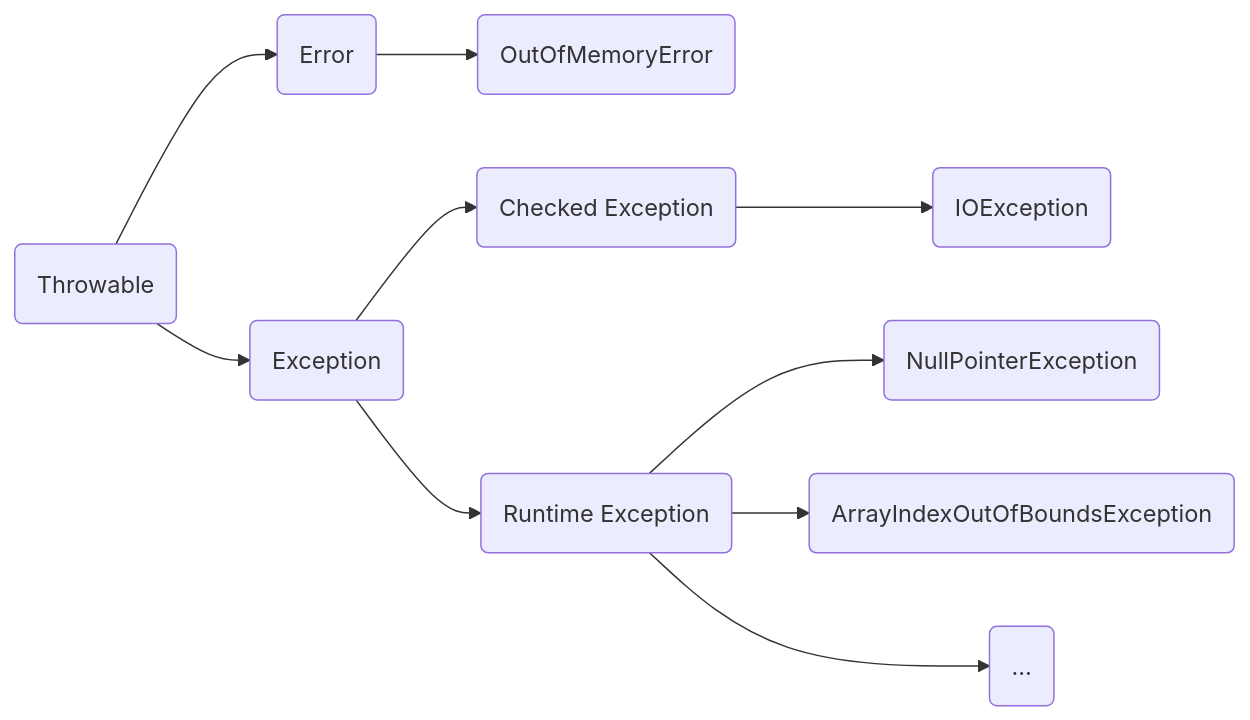
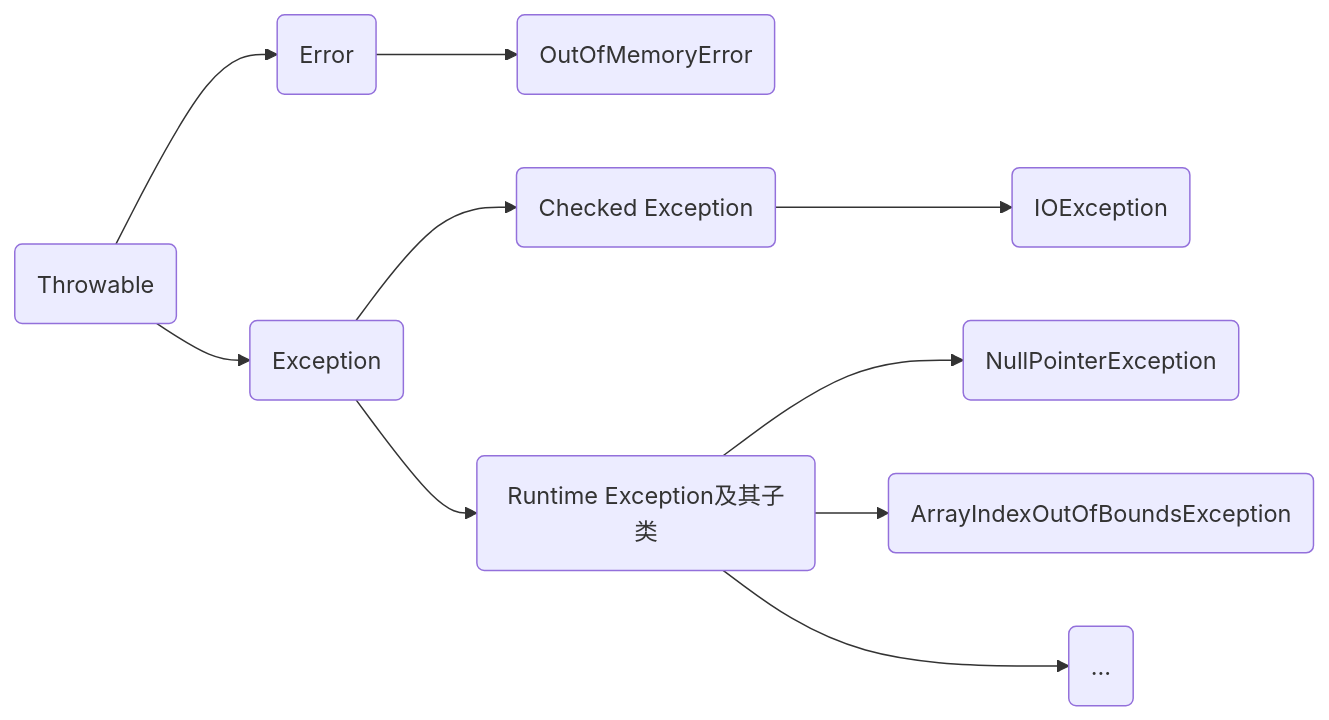
Before and after one commit to Vauke/Notes: the diagram in Java/异常处理.md, drawn with Mermaid. The commit also changed other lines of this file, not shown here.

````diff
--- a/Java/异常处理.md
+++ b/Java/异常处理.md
@@ -29,12 +29,12 @@
 ```mermaid
 graph LR
     A(Throwable) --> B(Error)
     A --> C(Exception)
     B --> I(OutOfMemoryError)
     C --> D(Checked Exception)
     D --> J(IOException)
-    C --> E(Runtime Exception)
+    C --> E(Runtime Exception及其子类)
     E --> F(NullPointerException)
     E --> G(ArrayIndexOutOfBoundsException)
     E --> H(...)
 ```
````
